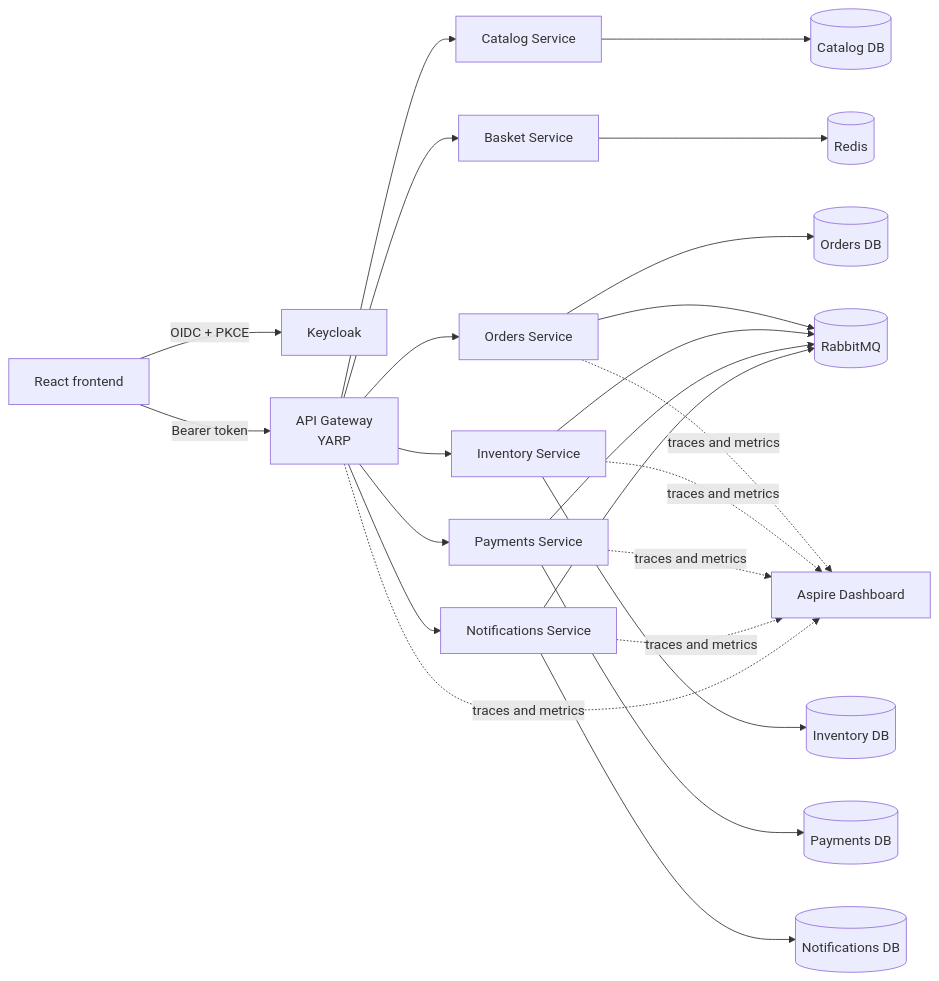
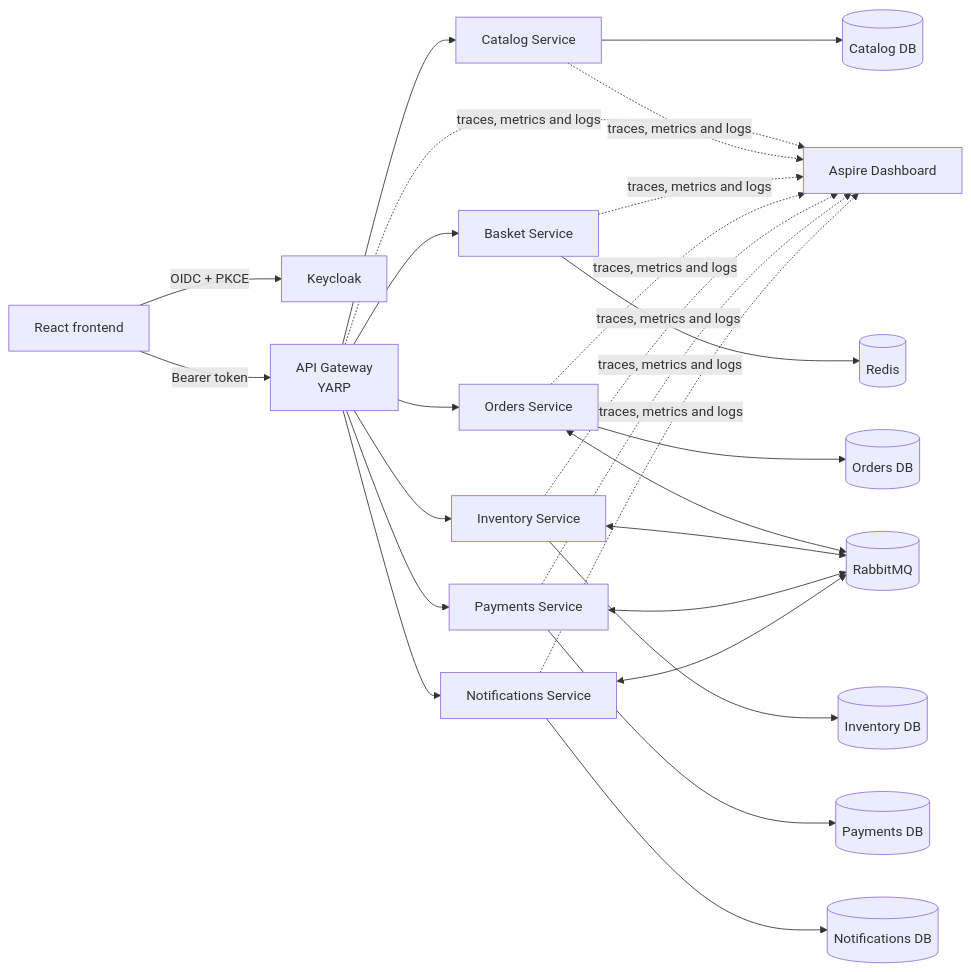
The first of 2 diagrams in README.md (MBMor/MicroS_04_Eshop), drawn with Mermaid before and after one commit. The commit also changed other lines of this file, not shown here.

````diff
--- a/README.md
+++ b/README.md
@@ -65,56 +88,56 @@
 ```mermaid
 flowchart LR
     Browser[React frontend]
-
     Keycloak[Keycloak]
 
     Gateway[API Gateway<br/>YARP]
 
     Catalog[Catalog Service]
     Basket[Basket Service]
     Orders[Orders Service]
     Inventory[Inventory Service]
     Payments[Payments Service]
     Notifications[Notifications Service]
 
     Redis[(Redis)]
 
     CatalogDb[(Catalog DB)]
     OrdersDb[(Orders DB)]
     InventoryDb[(Inventory DB)]
     PaymentsDb[(Payments DB)]
     NotificationsDb[(Notifications DB)]
 
     RabbitMQ[(RabbitMQ)]
-
     Aspire[Aspire Dashboard]
 
     Browser -->|OIDC + PKCE| Keycloak
     Browser -->|Bearer token| Gateway
 
     Gateway --> Catalog
     Gateway --> Basket
     Gateway --> Orders
     Gateway --> Inventory
     Gateway --> Payments
     Gateway --> Notifications
 
     Basket --> Redis
 
     Catalog --> CatalogDb
     Orders --> OrdersDb
     Inventory --> InventoryDb
     Payments --> PaymentsDb
     Notifications --> NotificationsDb
 
-    Orders --> RabbitMQ
-    Inventory --> RabbitMQ
-    Payments --> RabbitMQ
-    Notifications --> RabbitMQ
+    Orders <--> RabbitMQ
+    Inventory <--> RabbitMQ
+    Payments <--> RabbitMQ
+    Notifications <--> RabbitMQ
 
-    Orders -. traces and metrics .-> Aspire
-    Inventory -. traces and metrics .-> Aspire
-    Payments -. traces and metrics .-> Aspire
-    Notifications -. traces and metrics .-> Aspire
-    Gateway -. traces and metrics .-> Aspire
+    Gateway -. traces, metrics and logs .-> Aspire
+    Catalog -. traces, metrics and logs .-> Aspire
+    Basket -. traces, metrics and logs .-> Aspire
+    Orders -. traces, metrics and logs .-> Aspire
+    Inventory -. traces, metrics and logs .-> Aspire
+    Payments -. traces, metrics and logs .-> Aspire
+    Notifications -. traces, metrics and logs .-> Aspire
 ```
````
